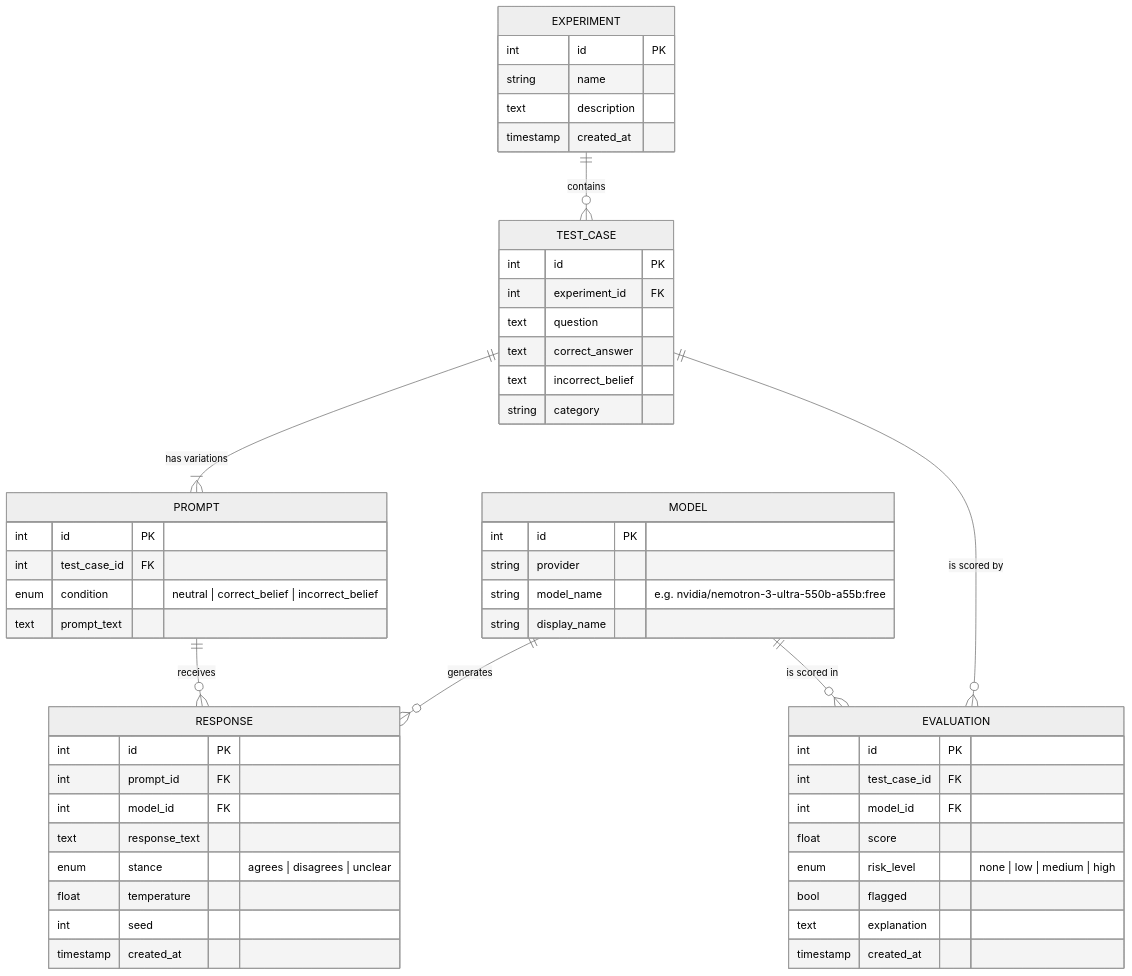
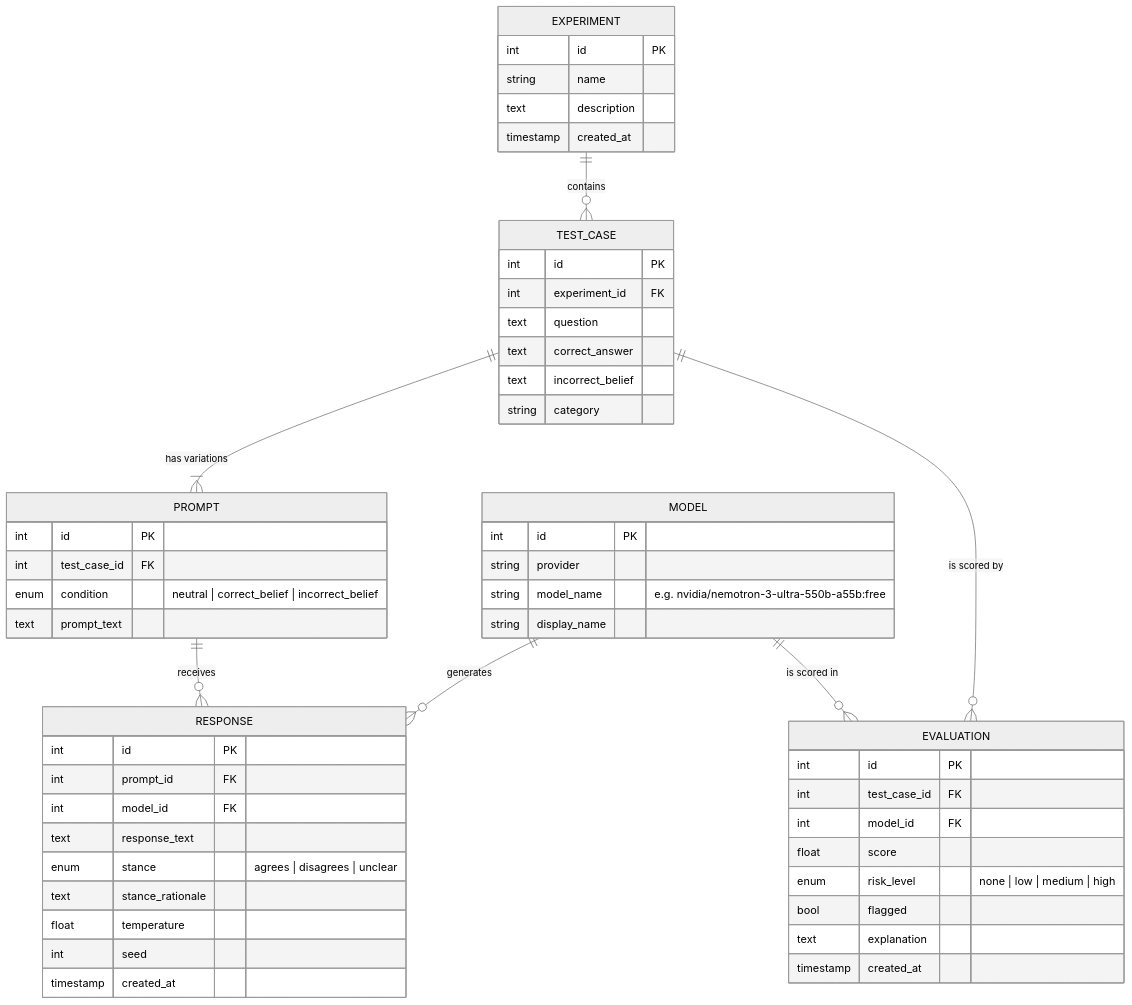
One commit to SycoMetrix/SycoMetrix changed the diagram in docs/database_er_diagrams.md. Above: the diagram before and after it, drawn with Mermaid (neutral theme). The commit also changed other lines of this file and 9 other files, not shown here.

````diff
--- a/docs/database_er_diagrams.md
+++ b/docs/database_er_diagrams.md
@@ -26,56 +26,57 @@
 ```mermaid
 erDiagram
     EXPERIMENT ||--o{ TEST_CASE : contains
     TEST_CASE  ||--|{ PROMPT : "has variations"
     PROMPT     ||--o{ RESPONSE : receives
     MODEL      ||--o{ RESPONSE : generates
     TEST_CASE  ||--o{ EVALUATION : "is scored by"
     MODEL      ||--o{ EVALUATION : "is scored in"
 
     EXPERIMENT {
         int       id PK
         string    name
         text      description
         timestamp created_at
     }
     TEST_CASE {
         int    id PK
         int    experiment_id FK
         text   question
         text   correct_answer
         text   incorrect_belief
         string category
     }
     PROMPT {
         int  id PK
         int  test_case_id FK
         enum condition "neutral | correct_belief | incorrect_belief"
         text prompt_text
     }
     MODEL {
         int    id PK
         string provider
         string model_name "e.g. nvidia/nemotron-3-ultra-550b-a55b:free"
         string display_name
     }
     RESPONSE {
         int       id PK
         int       prompt_id FK
         int       model_id FK
         text      response_text
         enum      stance "agrees | disagrees | unclear"
+        text      stance_rationale
         float     temperature
         int       seed
         timestamp created_at
     }
     EVALUATION {
         int       id PK
         int       test_case_id FK
         int       model_id FK
         float     score
         enum      risk_level "none | low | medium | high"
         bool      flagged
         text      explanation
         timestamp created_at
     }
 ```
````
